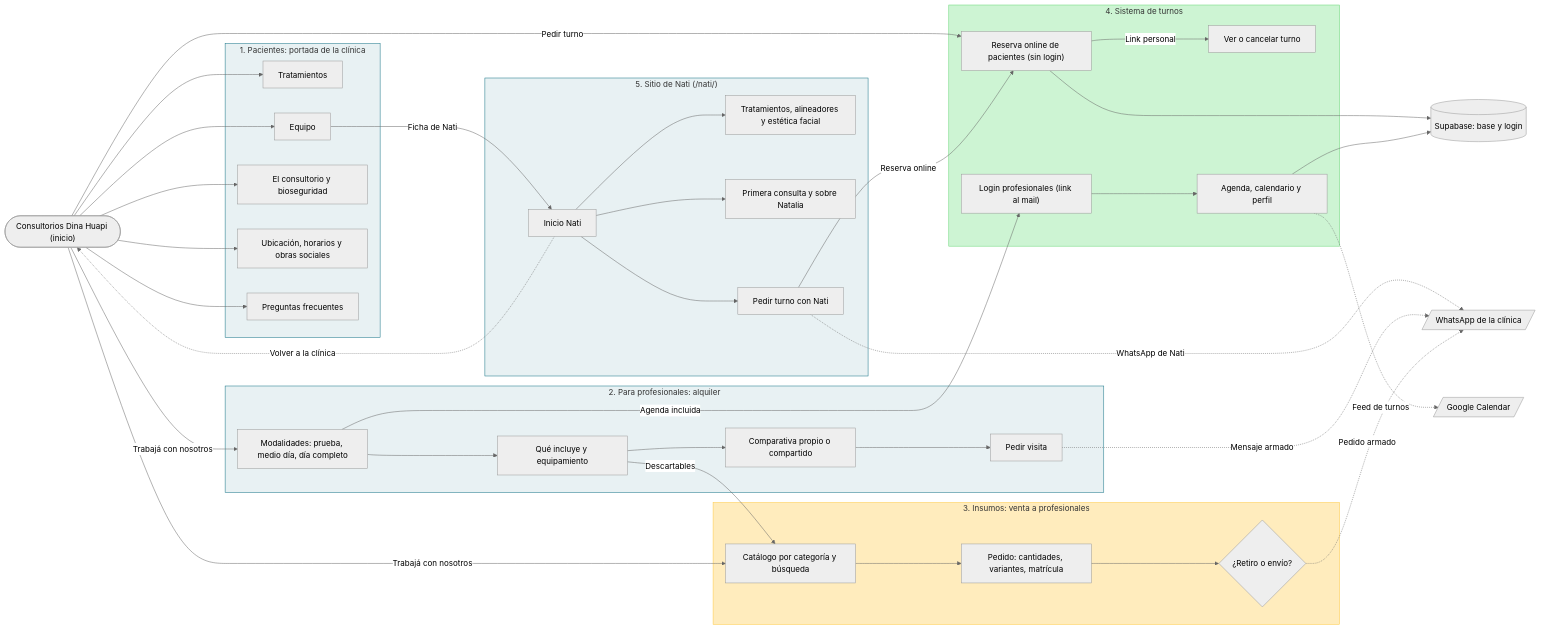
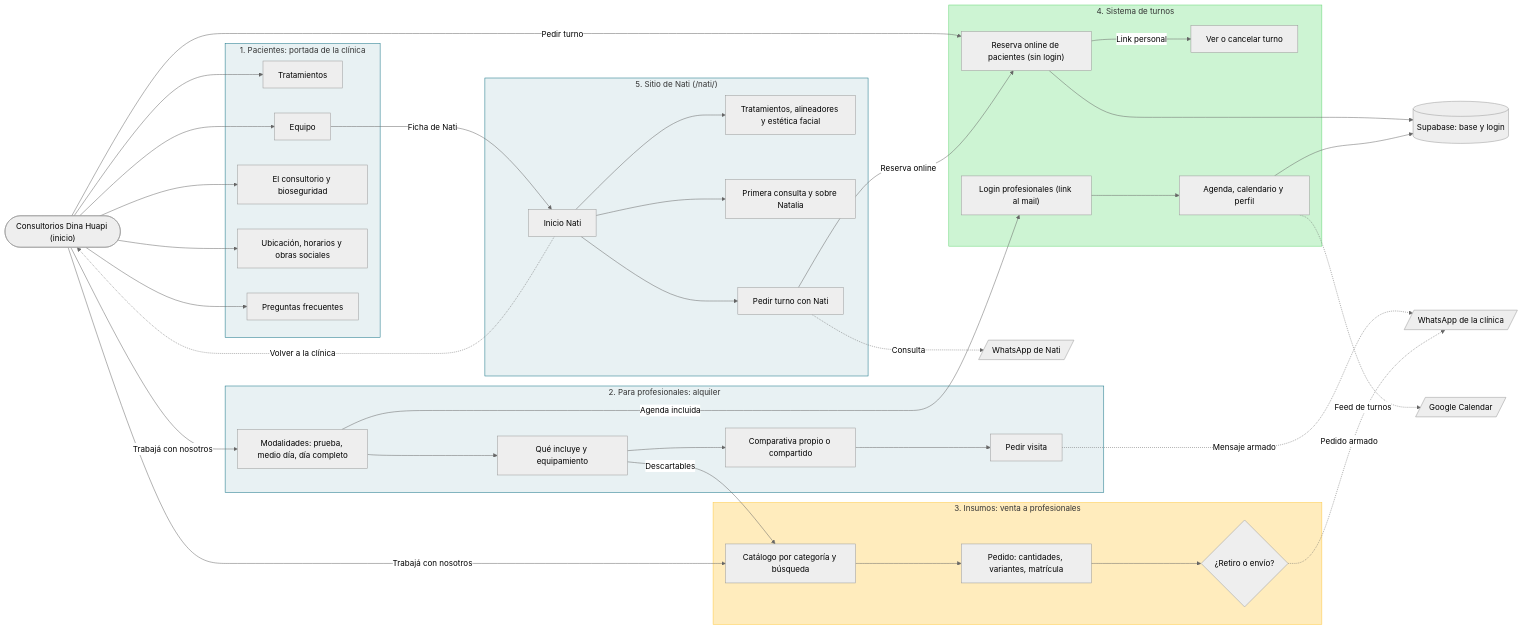
One commit to santiagojdv/consultorios-dina-huapi changed the diagram in docs/mapa-del-sitio.md. Above: the diagram before and after it, drawn with Mermaid (neutral theme).

Commit message:
Mapa del sitio: WhatsApp de Nati separado del de la clínica
Claude-Session: https://claude.ai/code/session_01JumFwoXQsERbmUMm6X5iSC

````diff
--- a/docs/mapa-del-sitio.md
+++ b/docs/mapa-del-sitio.md
@@ -17,73 +17,74 @@
 ```mermaid
 flowchart LR
     dominio(["Consultorios Dina Huapi (inicio)"])
 
     subgraph s1 ["1. Pacientes: portada de la clínica"]
         c1Trat["Tratamientos"]
         c1Equipo["Equipo"]
         c1Lugar["El consultorio y bioseguridad"]
         c1Ubic["Ubicación, horarios y obras sociales"]
         c1Faq["Preguntas frecuentes"]
     end
 
     subgraph s2 ["2. Para profesionales: alquiler"]
         p2Mod["Modalidades: prueba, medio día, día completo"]
         p2Incl["Qué incluye y equipamiento"]
         p2Comp["Comparativa propio o compartido"]
         p2Visita["Pedir visita"]
     end
 
     subgraph s3 ["3. Insumos: venta a profesionales"]
         i3Cat["Catálogo por categoría y búsqueda"]
         i3Pedido["Pedido: cantidades, variantes, matrícula"]
         i3Entrega{"¿Retiro o envío?"}
     end
 
     subgraph s4 ["4. Sistema de turnos"]
         t4Reserva["Reserva online de pacientes (sin login)"]
         t4Cancel["Ver o cancelar turno"]
         t4Login["Login profesionales (link al mail)"]
         t4Agenda["Agenda, calendario y perfil"]
     end
 
     subgraph s5 ["5. Sitio de Nati (/nati/)"]
         n5Home["Inicio Nati"]
         n5Trat["Tratamientos, alineadores y estética facial"]
         n5Sobre["Primera consulta y sobre Natalia"]
         n5Cta["Pedir turno con Nati"]
     end
 
     wa[/"WhatsApp de la clínica"/]
+    waNati[/"WhatsApp de Nati"/]
     db[("Supabase: base y login")]
     gcal[/"Google Calendar"/]
 
     dominio --> c1Trat & c1Equipo & c1Lugar & c1Ubic & c1Faq
     dominio -->|"Pedir turno"| t4Reserva
     dominio -->|"Trabajá con nosotros"| p2Mod
     dominio -->|"Trabajá con nosotros"| i3Cat
     c1Equipo -->|"Ficha de Nati"| n5Home
     n5Home --> n5Trat & n5Sobre & n5Cta
     n5Cta -->|"Reserva online"| t4Reserva
-    n5Cta -.->|"WhatsApp de Nati"| wa
+    n5Cta -.->|"Consulta"| waNati
     n5Home -.->|"Volver a la clínica"| dominio
 
     p2Mod --> p2Incl --> p2Comp --> p2Visita
     p2Visita -.->|"Mensaje armado"| wa
     p2Incl -->|"Descartables"| i3Cat
     p2Mod -->|"Agenda incluida"| t4Login
 
     i3Cat --> i3Pedido --> i3Entrega
     i3Entrega -.->|"Pedido armado"| wa
 
     t4Reserva -->|"Link personal"| t4Cancel
     t4Login --> t4Agenda
     t4Reserva --> db
     t4Agenda --> db
     t4Agenda -.->|"Feed de turnos"| gcal
 
     style s1 fill:#E8F1F3,stroke:#127285
     style s2 fill:#E8F1F3,stroke:#127285
     style s3 fill:#FFECBD,stroke:#FFC943
     style s4 fill:#CDF4D3,stroke:#66D575
     style s5 fill:#E8F1F3,stroke:#127285
 ```
````
